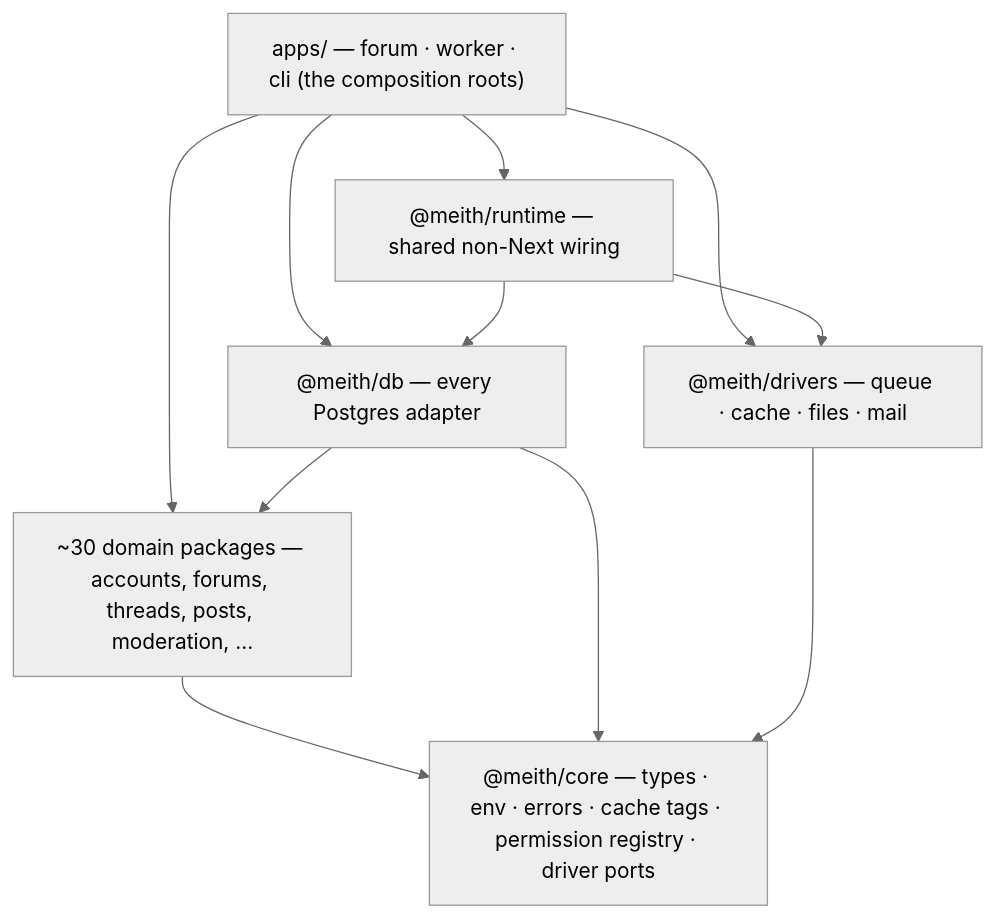
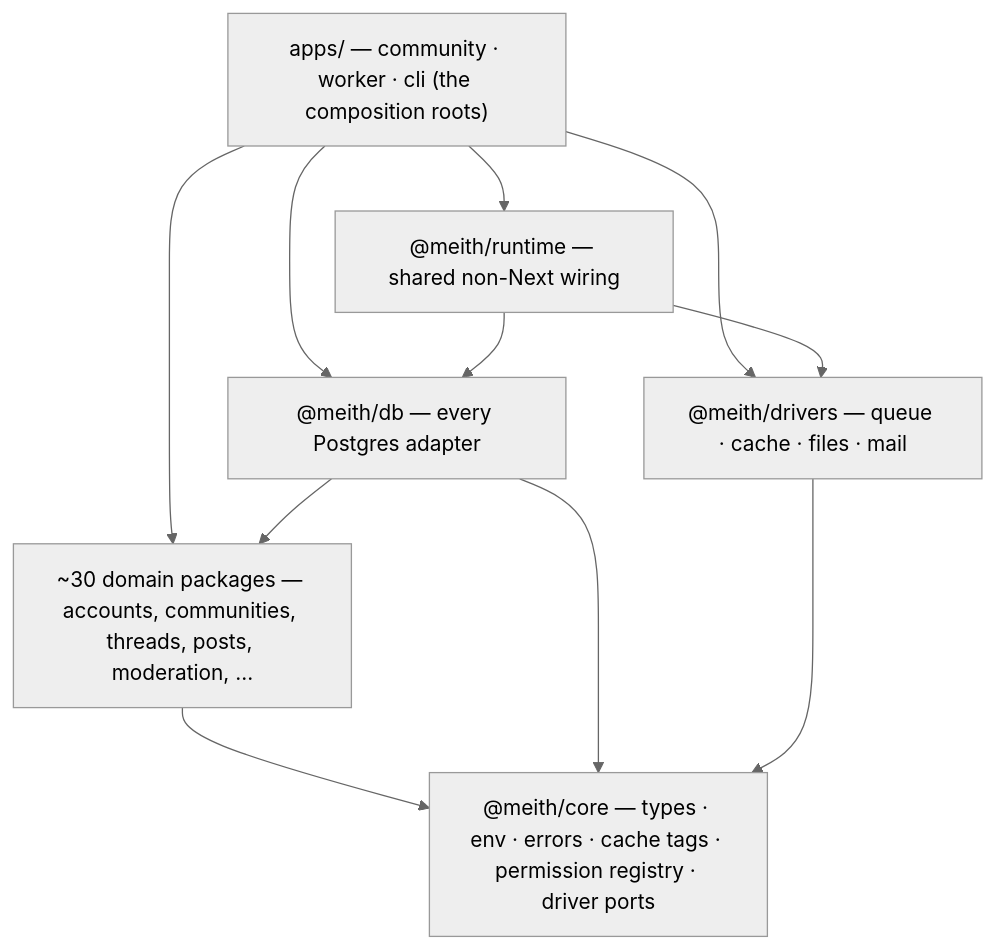
The second of 4 diagrams in docs/architecture.md (meith-dev/meith), drawn with Mermaid (neutral theme) before and after one commit. The commit also changed other lines of this file and 1084 other files, not shown here.

First line of the commit message:
Rename the forum entity to community throughout

````diff
--- a/docs/architecture.md
+++ b/docs/architecture.md
@@ -67,19 +67,19 @@
 ```mermaid
 flowchart TD
-    apps["apps/ — forum · worker · cli (the composition roots)"]
+    apps["apps/ — community · worker · cli (the composition roots)"]
     runtime["@meith/runtime — shared non-Next wiring"]
     db["@meith/db — every Postgres adapter"]
     drivers["@meith/drivers — queue · cache · files · mail"]
-    domain["~30 domain packages — accounts, forums, threads, posts, moderation, …"]
+    domain["~30 domain packages — accounts, communities, threads, posts, moderation, …"]
     core["@meith/core — types · env · errors · cache tags · permission registry · driver ports"]
     apps --> runtime
     apps --> db
     apps --> drivers
     apps --> domain
     runtime --> db
     runtime --> drivers
     db --> domain
     domain --> core
     db --> core
     drivers --> core
 ```
````
